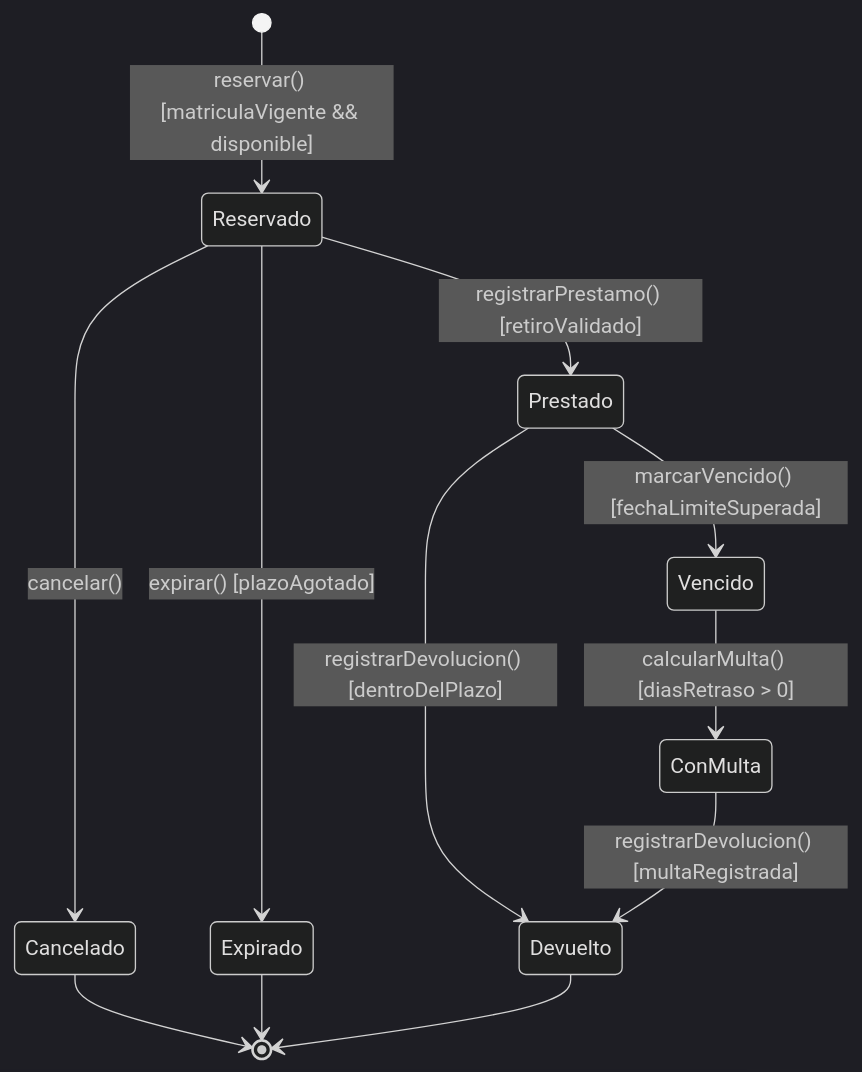
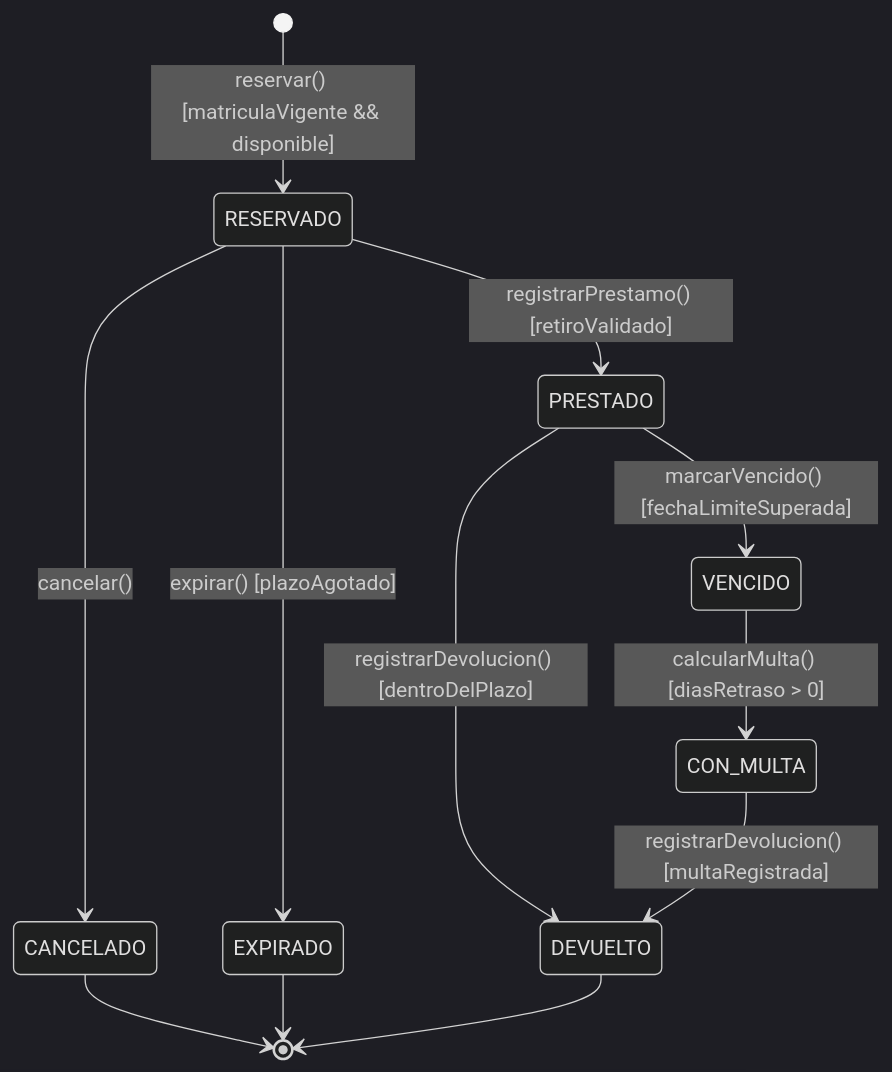
Before and after one commit to LeonHatches/cs-2026b-lab04-grupoB: the diagram in docs/design/estados-prestamo.mmd, drawn with Mermaid (dark theme). The commit also changed 3 other files, not shown here.

Commit message:
Lab05: diagramas de comportamiento E2 E3 E4

```diff
--- a/docs/design/estados-prestamo.mmd
+++ b/docs/design/estados-prestamo.mmd
@@ -1,12 +1,12 @@
 stateDiagram-v2
- [*] --> Reservado: reservar() [matriculaVigente && disponible]
- Reservado --> Prestado: registrarPrestamo() [retiroValidado]
- Reservado --> Cancelado: cancelar()
- Reservado --> Expirado: expirar() [plazoAgotado]
- Prestado --> Vencido: marcarVencido() [fechaLimiteSuperada]
- Prestado --> Devuelto: registrarDevolucion() [dentroDelPlazo]
- Vencido --> ConMulta: calcularMulta() [diasRetraso > 0]
- ConMulta --> Devuelto: registrarDevolucion() [multaRegistrada]
- Cancelado --> [*]
- Expirado --> [*]
- Devuelto --> [*]
+    [*] --> RESERVADO: reservar() [matriculaVigente && disponible]
+    RESERVADO --> PRESTADO: registrarPrestamo() [retiroValidado]
+    RESERVADO --> CANCELADO: cancelar()
+    RESERVADO --> EXPIRADO: expirar() [plazoAgotado]
+    PRESTADO --> VENCIDO: marcarVencido() [fechaLimiteSuperada]
+    PRESTADO --> DEVUELTO: registrarDevolucion() [dentroDelPlazo]
+    VENCIDO --> CON_MULTA: calcularMulta() [diasRetraso > 0]
+    CON_MULTA --> DEVUELTO: registrarDevolucion() [multaRegistrada]
+    CANCELADO --> [*]
+    EXPIRADO --> [*]
+    DEVUELTO --> [*]
```
